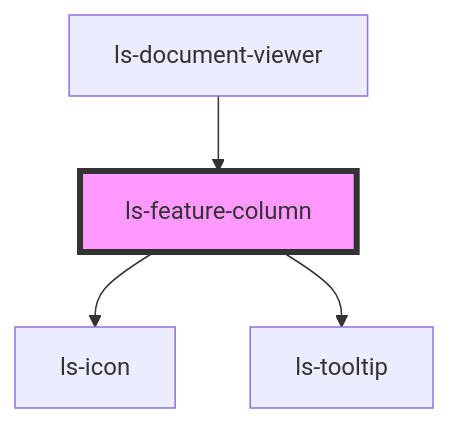
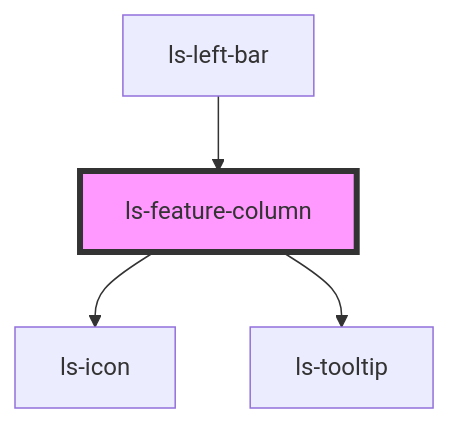
One commit to legalesign/ls-document-viewer changed the diagram in src/components/ls-feature-column/readme.md. Above: the diagram before and after it, drawn with Mermaid. The commit also changed other lines of this file and 19 other files, not shown here.

````diff
--- a/src/components/ls-feature-column/readme.md
+++ b/src/components/ls-feature-column/readme.md
@@ -35,7 +35,7 @@
 ```mermaid
 graph TD;
   ls-feature-column --> ls-icon
   ls-feature-column --> ls-tooltip
-  ls-document-viewer --> ls-feature-column
+  ls-left-bar --> ls-feature-column
   style ls-feature-column fill:#f9f,stroke:#333,stroke-width:4px
 ```
````
